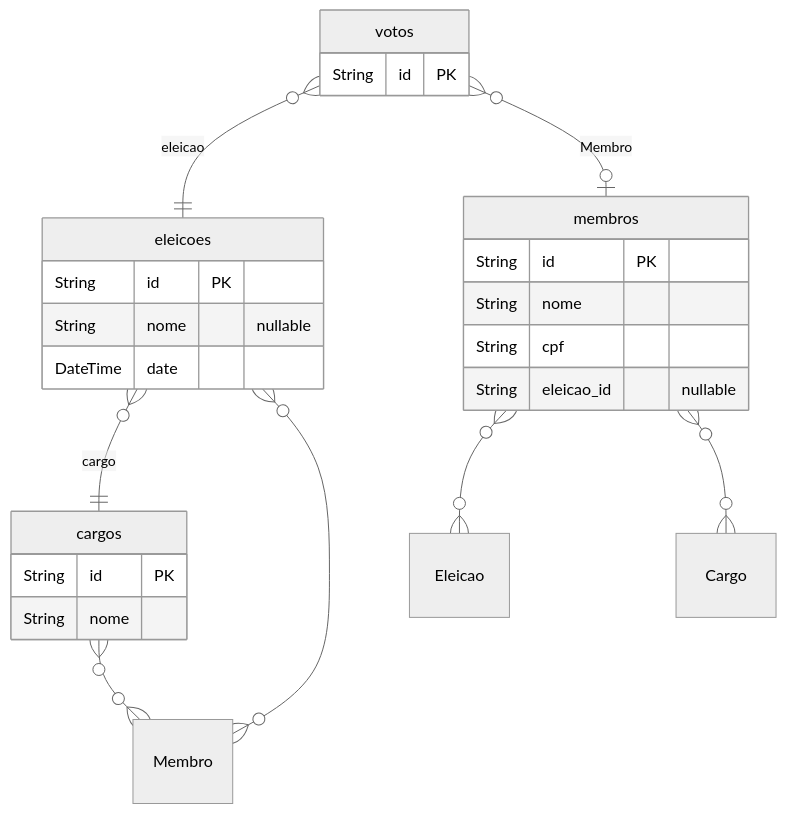
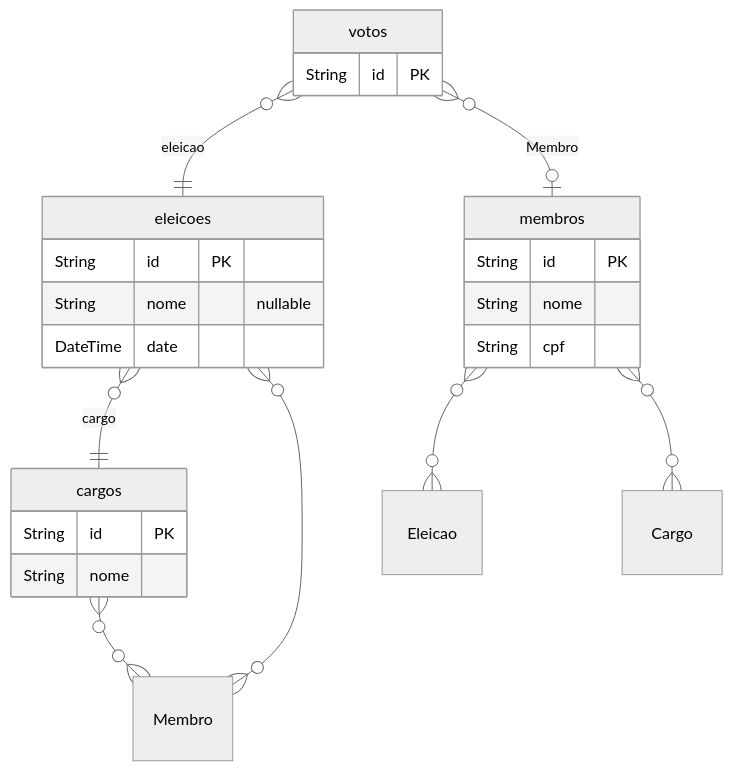
The diagram in server/ERD.md (isachomonik/ipp), drawn with Mermaid (neutral theme) before and after one commit. The commit also changed 6 other files, not shown here.

````diff
--- a/server/ERD.md
+++ b/server/ERD.md
@@ -1,36 +1,35 @@
 ```mermaid
 erDiagram
 
   membros {
     String id PK 
     String nome  
     String cpf  
-    String eleicao_id  "nullable"
     }
   
 
   cargos {
     String id PK 
     String nome  
     }
   
 
   eleicoes {
     String id PK 
     String nome  "nullable"
     DateTime date  
     }
   
 
   votos {
     String id PK 
     }
   
     membros o{--}o Eleicao : ""
     membros o{--}o Cargo : ""
     cargos o{--}o Membro : ""
     eleicoes o{--|| cargos : "cargo"
     eleicoes o{--}o Membro : ""
     votos o{--|| eleicoes : "eleicao"
     votos o{--|o membros : "Membro"
 ```
````
